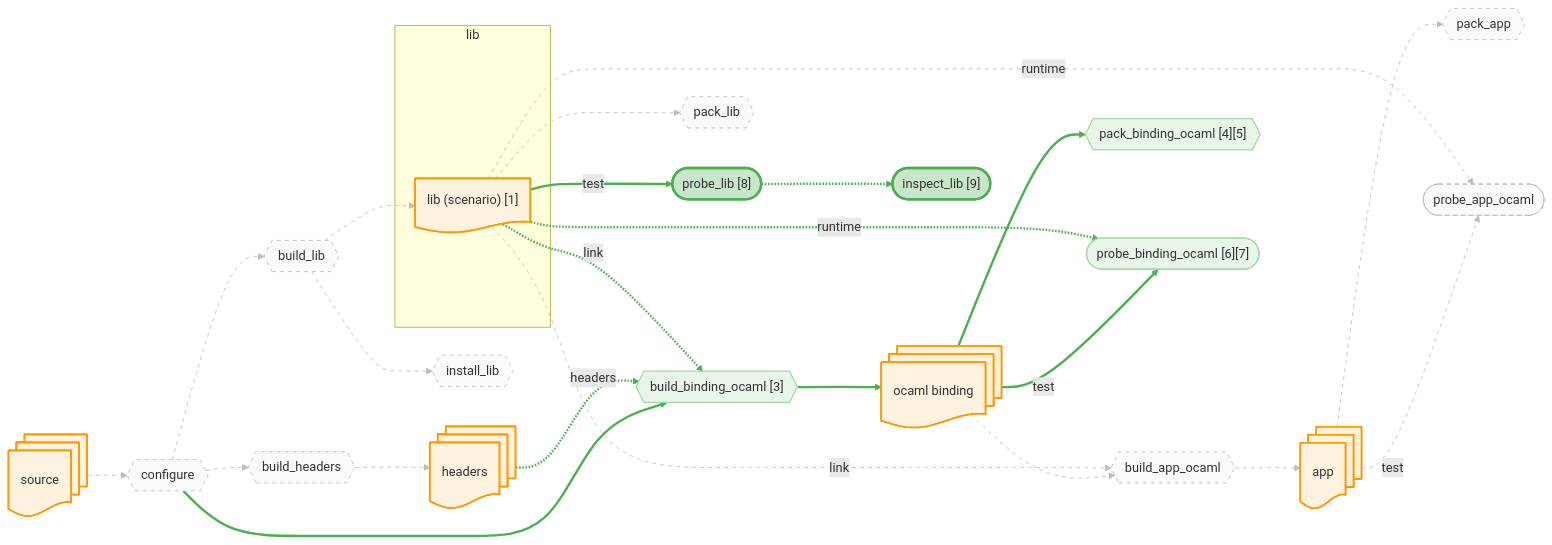
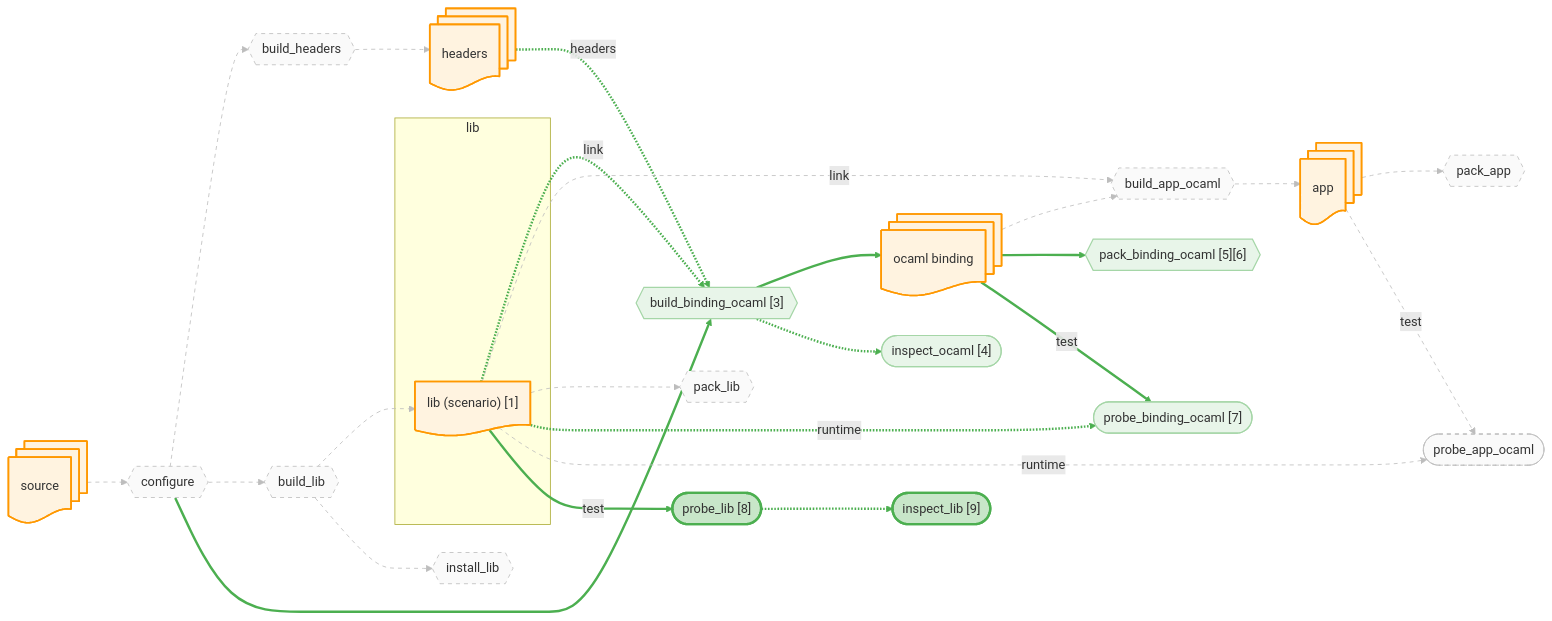
Before and after one commit to JHU-PL-Lab/tola: the diagram in docs/canary/projects/zarith/-run/diagrams/lib.mmd, drawn with Mermaid. The commit also changed 247 other files, not shown here.

```diff
--- a/docs/canary/projects/zarith/-run/diagrams/lib.mmd
+++ b/docs/canary/projects/zarith/-run/diagrams/lib.mmd
@@ -1,91 +1,95 @@
 %% view: lib
 graph LR
     source_node@{ shape: docs, label: "source" }
     headers_node@{ shape: docs, label: "headers" }
     subgraph lib_sg ["lib"]
       lib_fetch_node@{ shape: doc, label: "lib (scenario) [1]" }
     end
     app_node@{ shape: docs, label: "app" }
     ocaml_binding_node@{ shape: docs, label: "ocaml binding" }
 
     A_configure{{"configure"}}
     A_build_headers{{"build_headers"}}
     A_build_lib{{"build_lib"}}
     A_build_binding_ocaml{{"build_binding_ocaml [3]"}}
     A_build_app_ocaml{{"build_app_ocaml"}}
     A_install_lib{{"install_lib"}}
-    A_pack_binding_ocaml{{"pack_binding_ocaml [4][5]"}}
+    A_pack_binding_ocaml{{"pack_binding_ocaml [5][6]"}}
     A_pack_lib{{"pack_lib"}}
     A_pack_app{{"pack_app"}}
-    A_probe_binding_ocaml(["probe_binding_ocaml [6][7]"])
+    A_probe_binding_ocaml(["probe_binding_ocaml [7]"])
     A_probe_app_ocaml(["probe_app_ocaml"])
     A_probe_lib(["probe_lib [8]"])
     A_probe_lib_inspect(["inspect_lib [9]"])
+    A_build_binding_ocaml_inspect(["inspect_ocaml [4]"])
 
     source_node --> A_configure
     A_configure --> A_build_headers
     A_build_headers --> headers_node
     A_configure --> A_build_lib
     A_build_lib --> lib_fetch_node
     A_configure --> A_build_binding_ocaml
     headers_node -.->|headers| A_build_binding_ocaml
     lib_fetch_node -.->|link| A_build_binding_ocaml
     A_build_binding_ocaml --> ocaml_binding_node
     ocaml_binding_node --> A_build_app_ocaml
     lib_fetch_node -.->|link| A_build_app_ocaml
     A_build_app_ocaml --> app_node
     A_build_lib --> A_install_lib
     ocaml_binding_node --> A_pack_binding_ocaml
     lib_fetch_node --> A_pack_lib
     app_node --> A_pack_app
     ocaml_binding_node -->|test| A_probe_binding_ocaml
     lib_fetch_node -.->|runtime| A_probe_binding_ocaml
     app_node -->|test| A_probe_app_ocaml
     lib_fetch_node -.->|runtime| A_probe_app_ocaml
     lib_fetch_node -->|test| A_probe_lib
     A_probe_lib -.-> A_probe_lib_inspect
+    A_build_binding_ocaml -.-> A_build_binding_ocaml_inspect
 
     classDef artifact fill:#fff3e0,stroke:#ff9800,stroke-width:2px
     classDef action fill:#f3e5f5,stroke:#9c27b0,stroke-width:2px
     classDef st_done fill:#c8e6c9,stroke:#4caf50,stroke-width:3px
     classDef st_done_ctx fill:#e8f5e9,stroke:#a5d6a7,stroke-width:1.5px
     classDef st_expected_fail fill:#fff9c4,stroke:#f9a825,stroke-width:2px
     classDef st_failed fill:#ffcdd2,stroke:#c62828,stroke-width:2px
     classDef st_skipped fill:#f5f5f5,stroke:#9e9e9e,stroke-dasharray:5
     classDef st_nospec fill:#fafafa,stroke:#bdbdbd,stroke-dasharray:5
     class source_node,headers_node,lib_fetch_node,app_node,ocaml_binding_node artifact
     class A_configure st_nospec
     class A_build_headers st_nospec
     class A_build_lib st_nospec
     class A_build_binding_ocaml st_done_ctx
     class A_build_app_ocaml st_nospec
     class A_install_lib st_nospec
     class A_pack_binding_ocaml st_done_ctx
     class A_pack_lib st_nospec
     class A_pack_app st_nospec
     class A_probe_binding_ocaml st_done_ctx
     class A_probe_app_ocaml st_nospec
     class A_probe_lib st_done
     class A_probe_lib_inspect st_done
+    class A_build_binding_ocaml_inspect st_done_ctx
     linkStyle 0 stroke:#bdbdbd,stroke-width:1px,stroke-dasharray:5
     linkStyle 1 stroke:#bdbdbd,stroke-width:1px,stroke-dasharray:5
     linkStyle 2 stroke:#bdbdbd,stroke-width:1px,stroke-dasharray:5
     linkStyle 3 stroke:#bdbdbd,stroke-width:1px,stroke-dasharray:5
     linkStyle 4 stroke:#bdbdbd,stroke-width:1px,stroke-dasharray:5
     linkStyle 5 stroke:#4caf50,stroke-width:3px
     linkStyle 6 stroke:#4caf50,stroke-width:3px
     linkStyle 7 stroke:#4caf50,stroke-width:3px
     linkStyle 8 stroke:#4caf50,stroke-width:3px
     linkStyle 9 stroke:#bdbdbd,stroke-width:1px,stroke-dasharray:5
     linkStyle 10 stroke:#bdbdbd,stroke-width:1px,stroke-dasharray:5
     linkStyle 11 stroke:#bdbdbd,stroke-width:1px,stroke-dasharray:5
     linkStyle 12 stroke:#bdbdbd,stroke-width:1px,stroke-dasharray:5
     linkStyle 13 stroke:#4caf50,stroke-width:3px
     linkStyle 14 stroke:#bdbdbd,stroke-width:1px,stroke-dasharray:5
     linkStyle 15 stroke:#bdbdbd,stroke-width:1px,stroke-dasharray:5
     linkStyle 16 stroke:#4caf50,stroke-width:3px
     linkStyle 17 stroke:#4caf50,stroke-width:3px
     linkStyle 18 stroke:#bdbdbd,stroke-width:1px,stroke-dasharray:5
     linkStyle 19 stroke:#bdbdbd,stroke-width:1px,stroke-dasharray:5
     linkStyle 20 stroke:#4caf50,stroke-width:3px
     linkStyle 21 stroke:#4caf50,stroke-width:3px
+    linkStyle 22 stroke:#4caf50,stroke-width:3px
```
